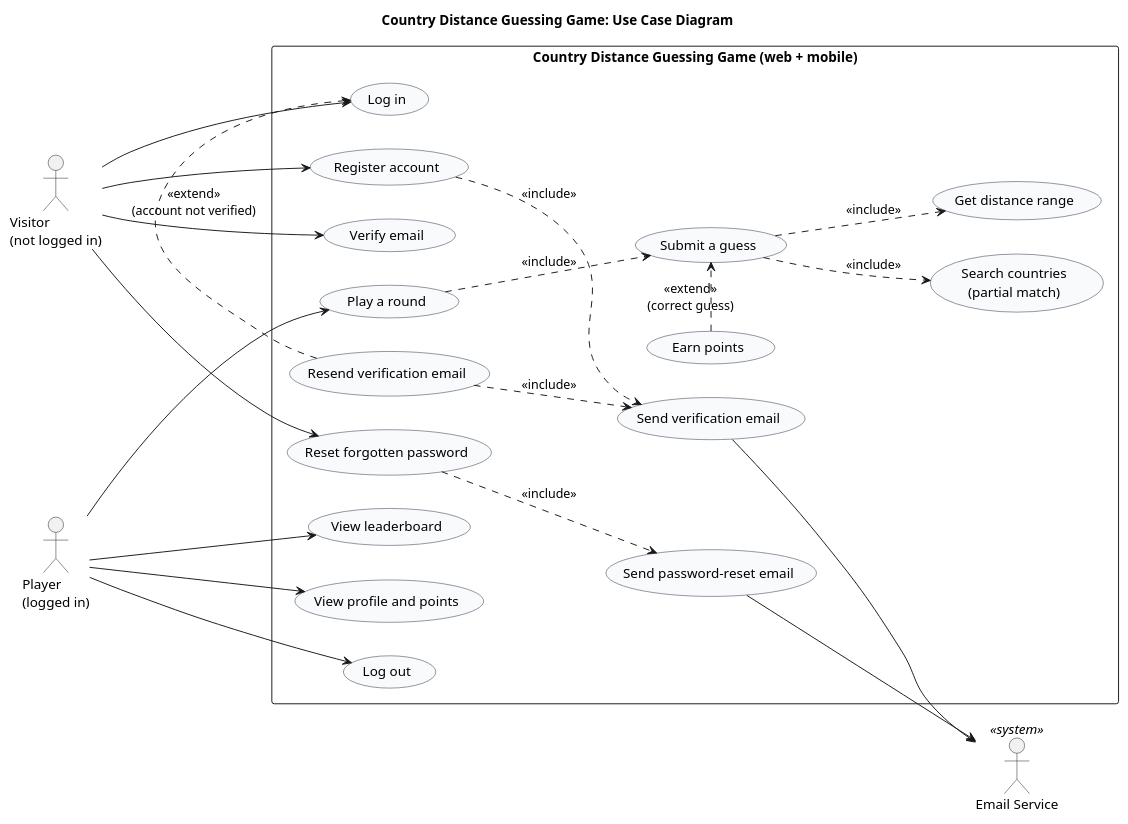
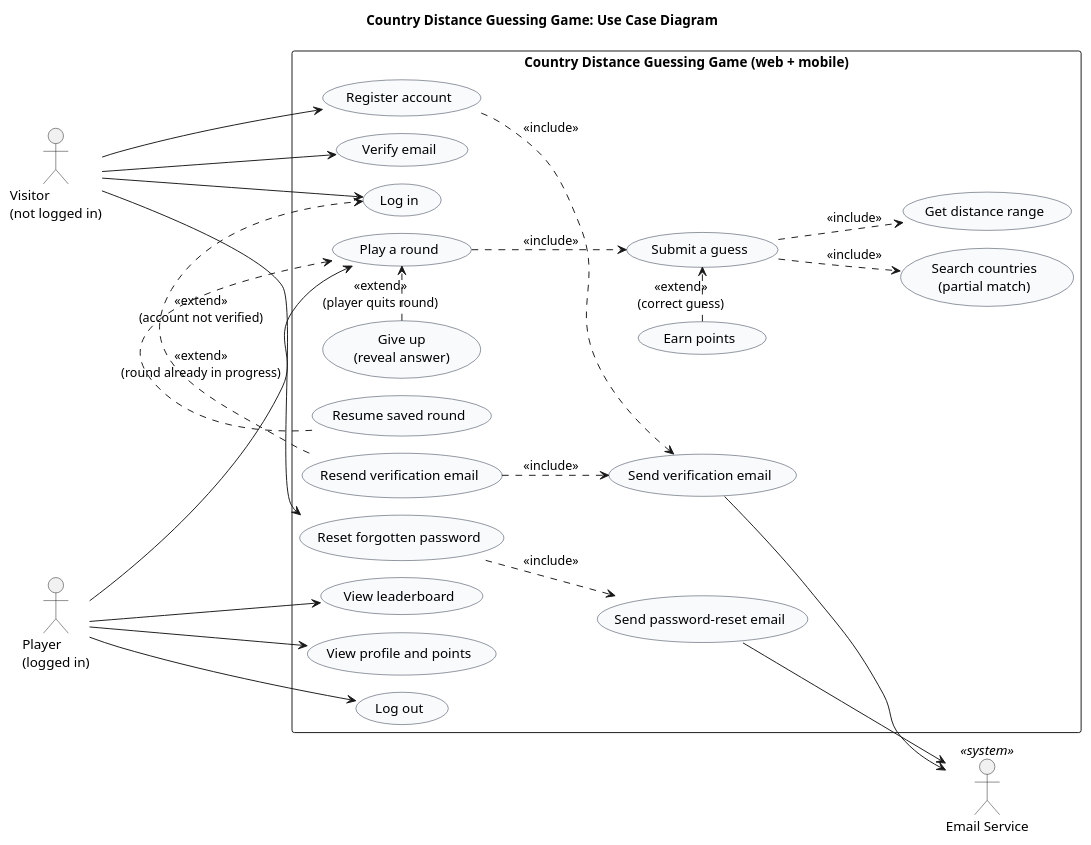
One commit to samborg-dev/COP4331-Large-Project changed the diagram in docs/diagrams/use-case.puml. Above: the diagram before and after it, drawn with PlantUML. The commit also changed 10 other files, not shown here.

```diff
--- a/docs/diagrams/use-case.puml
+++ b/docs/diagrams/use-case.puml
@@ -1,57 +1,62 @@
 @startuml use-case
 ' Use case diagram. Owner: Sam. Render at https://www.plantuml.com/plantuml or with the VS Code PlantUML extension.
 title Country Distance Guessing Game: Use Case Diagram
 
+!pragma layout smetana
 left to right direction
 skinparam packageStyle rectangle
 skinparam shadowing false
 skinparam usecase {
   BackgroundColor #f8fafc
   BorderColor #1e293b
 }
 
 actor "Visitor\n(not logged in)" as Visitor
 actor "Player\n(logged in)" as Player
 actor "Email Service" as Mail <<system>>
 
 rectangle "Country Distance Guessing Game (web + mobile)" {
   usecase "Register account" as Register
   usecase "Verify email" as Verify
   usecase "Resend verification email" as Resend
   usecase "Log in" as Login
   usecase "Reset forgotten password" as Reset
   usecase "Send verification email" as SendVerify
   usecase "Send password-reset email" as SendReset
 
   usecase "Play a round" as Play
   usecase "Submit a guess" as Guess
   usecase "Search countries\n(partial match)" as Search
   usecase "Get distance range" as Feedback
   usecase "Earn points" as Points
+  usecase "Give up\n(reveal answer)" as GiveUp
+  usecase "Resume saved round" as Resume
   usecase "View leaderboard" as Leaderboard
   usecase "View profile and points" as Profile
   usecase "Log out" as Logout
 }
 
 Visitor --> Register
 Visitor --> Verify
 Visitor --> Login
 Visitor --> Reset
 
 Register ..> SendVerify : <<include>>
 Resend .> Login : <<extend>>\n(account not verified)
 Resend ..> SendVerify : <<include>>
 Reset ..> SendReset : <<include>>
 SendVerify --> Mail
 SendReset --> Mail
 
 Player --> Play
 Player --> Leaderboard
 Player --> Profile
 Player --> Logout
 
 Play ..> Guess : <<include>>
 Guess ..> Search : <<include>>
 Guess ..> Feedback : <<include>>
 Points .> Guess : <<extend>>\n(correct guess)
+GiveUp .> Play : <<extend>>\n(player quits round)
+Resume .> Play : <<extend>>\n(round already in progress)
 @enduml
```
